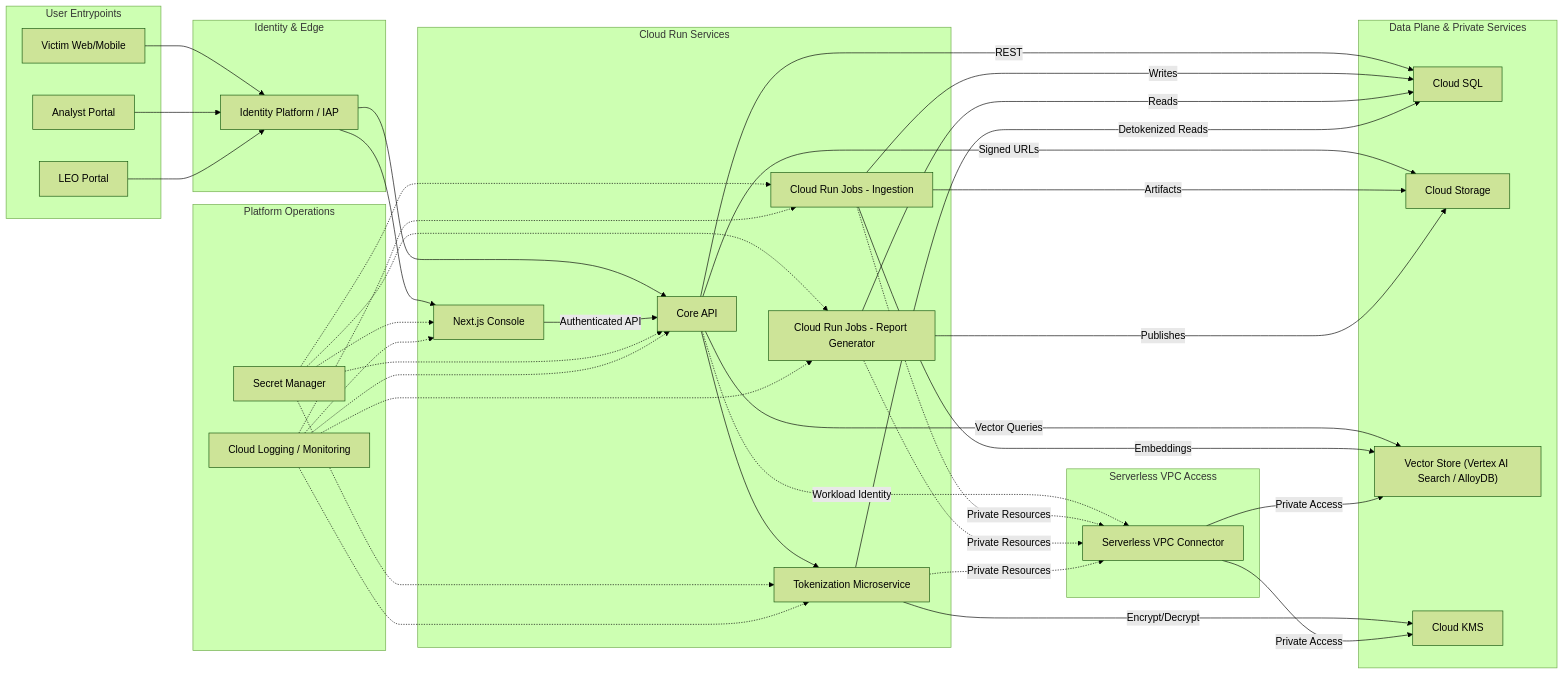
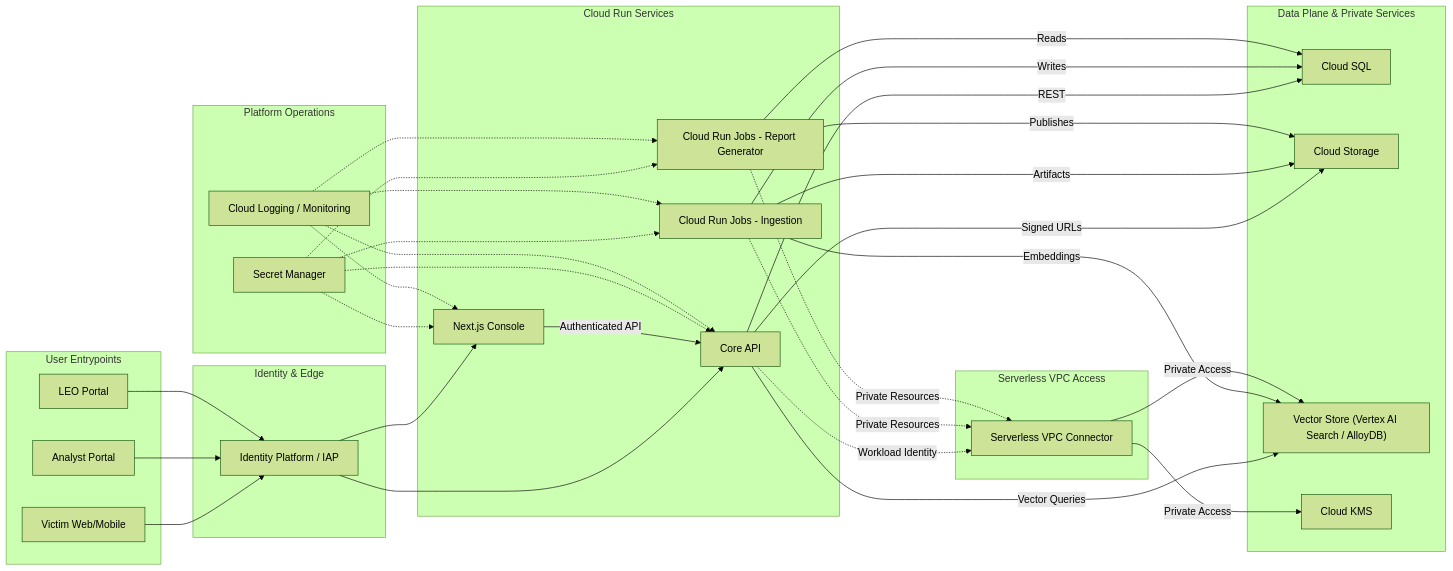
Before and after one commit to intelligenceforgood/core: the second of 3 diagrams in docs/design/architecture.md, drawn with Mermaid (forest theme). The commit also changed other lines of this file and 22 other files, not shown here.

````diff
--- a/docs/design/architecture.md
+++ b/docs/design/architecture.md
@@ -127,79 +125,72 @@
 ```mermaid
 flowchart LR
   subgraph Users["User Entrypoints"]
     VictimUI[Victim Web/Mobile]
     AnalystUI[Analyst Portal]
     LEOUI[LEO Portal]
   end
 
   subgraph Edge["Identity & Edge"]
     IAP[Identity Platform / IAP]
   end
 
   subgraph RunServices["Cloud Run Services"]
     CoreSvc[Core API]
     NextJS[Next.js Console]
     JobIngest[Cloud Run Jobs - Ingestion]
     JobReport[Cloud Run Jobs - Report Generator]
-    VaultService[Tokenization Microservice]
   end
 
   subgraph VPC["Serverless VPC Access"]
     VPCConn[Serverless VPC Connector]
   end
 
   subgraph DataPlane["Data Plane & Private Services"]
     CloudSQL[Cloud SQL]
     Storage[Cloud Storage]
     Vector["Vector Store (Vertex AI Search / AlloyDB)"]
     KMS[Cloud KMS]
   end
 
   subgraph Platform["Platform Operations"]
     Secrets[Secret Manager]
     Logging[Cloud Logging / Monitoring]
   end
 
   VictimUI --> IAP
   AnalystUI --> IAP
   LEOUI --> IAP
 
   IAP --> CoreSvc
   IAP --> NextJS
 
   NextJS -->|Authenticated API| CoreSvc
   CoreSvc -->|REST| CloudSQL
   CoreSvc -->|Signed URLs| Storage
   CoreSvc -->|Vector Queries| Vector
-  CoreSvc --> VaultService
 
   JobIngest -->|Writes| CloudSQL
   JobIngest -->|Artifacts| Storage
   JobIngest -->|Embeddings| Vector
 
   JobReport -->|Reads| CloudSQL
   JobReport -->|Publishes| Storage
 
-  VaultService -->|Detokenized Reads| CloudSQL
 
   Secrets -.-> CoreSvc
   Secrets -.-> NextJS
   Secrets -.-> JobIngest
   Secrets -.-> JobReport
-  Secrets -.-> VaultService
 
   CoreSvc -.->|Workload Identity| VPCConn
   JobIngest -.->|Private Resources| VPCConn
   JobReport -.->|Private Resources| VPCConn
-  VaultService -.->|Private Resources| VPCConn
-  VaultService -->|Encrypt/Decrypt| KMS
 
   VPCConn -->|Private Access| Vector
   VPCConn -->|Private Access| KMS
 
   Logging -.-> CoreSvc
   Logging -.-> NextJS
   Logging -.-> JobIngest
   Logging -.-> JobReport
-  Logging -.-> VaultService
 ```
````
